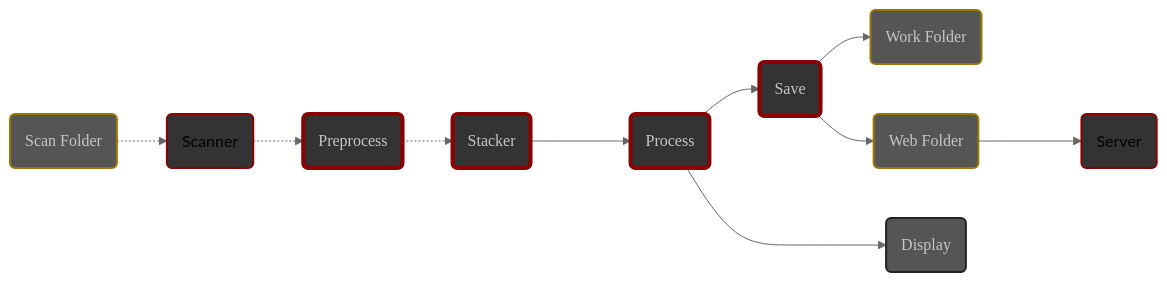
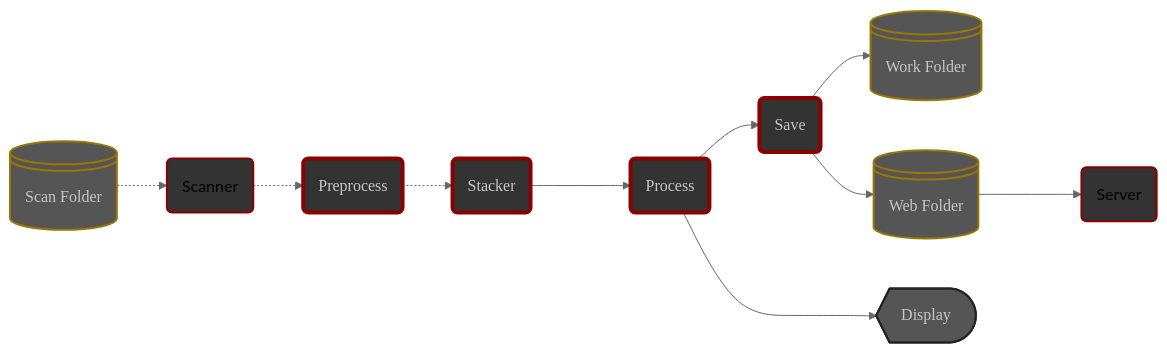
The diagram in content/en/docs/v0.7/userguide/concepts.md (deufrai/als), drawn with Mermaid (neutral theme) before and after one commit. The commit also changed other lines of this file and 1 other file, not shown here.

Commit message:
use proper filesystem node shape in mermaid charts

````diff
--- a/content/en/docs/v0.7/userguide/concepts.md
+++ b/content/en/docs/v0.7/userguide/concepts.md
@@ -67,30 +67,30 @@
 ```mermaid
 graph LR
 
         B(Preprocess) -.-> C(Stacker)
         C ---> D(Process)
         D --> E(Save)
 
 
-    S(Scan Folder) -.-> A(Scanner)        
+    S@{ shape: lin-cyl, label: "Scan Folder" } -.-> A(Scanner)        
     A -.-> B
-    E --> F(Work Folder)
-    E --> G(Web Folder)
+    E --> F@{ shape: lin-cyl, label: "Work Folder" }
+    E --> G@{ shape: lin-cyl, label: "Web Folder" }
     G ---> H(Server)
-    D ---> I(Display)
+    D ---> I@{ shape: curv-trap, label: "Display" }
 
 
     style A fill:#333,stroke:darkred,stroke-width:2px
     style B fill:#333,stroke:darkred,stroke-width:4px,color:#c6c6c6,font-family:'Poppins',sans-serif
     style C fill:#333,stroke:darkred,stroke-width:4px,color:#c6c6c6,font-family:'Poppins',sans-serif
     style D fill:#333,stroke:darkred,stroke-width:4px,color:#c6c6c6,font-family:'Poppins',sans-serif
     style E fill:#333,stroke:darkred,stroke-width:4px,color:#c6c6c6,font-family:'Poppins',sans-serif
 
     style F fill:#555,stroke:#970,stroke-width:2px,color:#c6c6c6,font-family:'Poppins',sans-serif
     style G fill:#555,stroke:#970,stroke-width:2px,color:#c6c6c6,font-family:'Poppins',sans-serif
     style S fill:#555,stroke:#970,stroke-width:2px,color:#c6c6c6,font-family:'Poppins',sans-serif
     
     style I fill:#555,stroke:#222,stroke-width:2px,color:#c6c6c6,font-family:'Poppins',sans-serif
 
     style H fill:#333,stroke:darkred,stroke-width:2px
 ```
````
